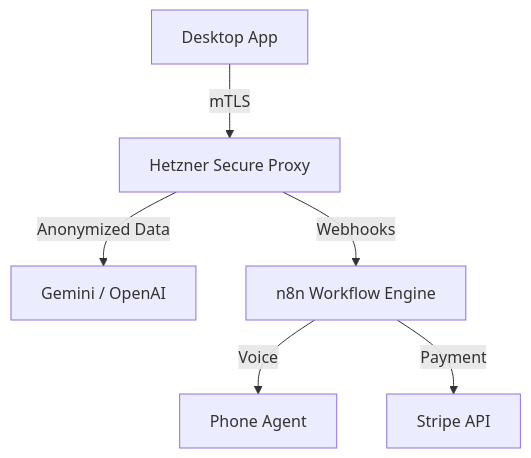
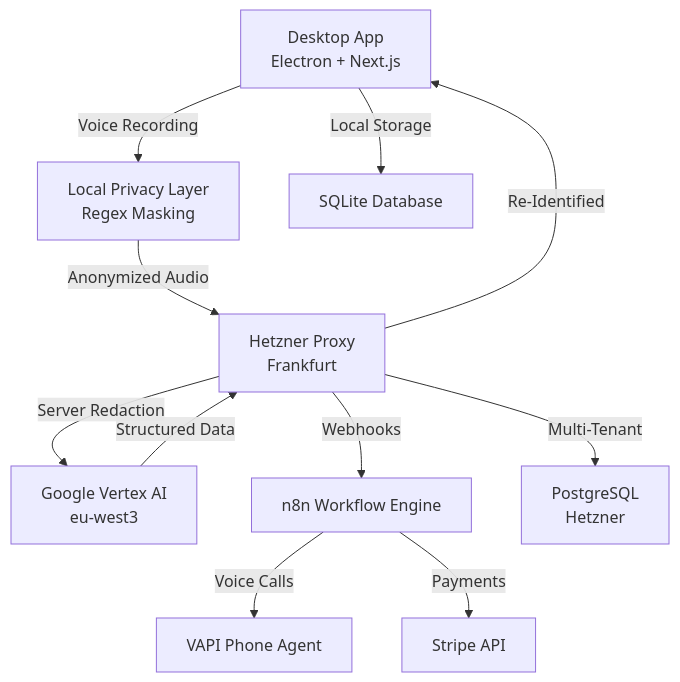
One commit to ShadowsInThe-Space/voiceinvoice changed the diagram in README.md. Above: the diagram before and after it, drawn with Mermaid. The commit also changed other lines of this file and 9 other files, not shown here.

````diff
--- a/README.md
+++ b/README.md
@@ -70,8 +82,13 @@
 ```mermaid
 graph TD
-    Client[Desktop App] -->|mTLS| Proxy[Hetzner Secure Proxy]
-    Proxy -->|Anonymized Data| AI[Gemini / OpenAI]
-    Proxy -->|Webhooks| N8N[n8n Workflow Engine]
-    N8N -->|Voice| VAPI[Phone Agent]
-    N8N -->|Payment| Stripe[Stripe API]
+    A[Desktop App<br/>Electron + Next.js] -->|Voice Recording| B[Local Privacy Layer<br/>Regex Masking]
+    B -->|Anonymized Audio| C[Hetzner Proxy<br/>Frankfurt]
+    C -->|Server Redaction| D[Google Vertex AI<br/>eu-west3]
+    D -->|Structured Data| C
+    C -->|Re-Identified| A
+    C -->|Webhooks| E[n8n Workflow Engine]
+    E -->|Voice Calls| F[VAPI Phone Agent]
+    E -->|Payments| G[Stripe API]
+    A -->|Local Storage| H[SQLite Database]
+    C -->|Multi-Tenant| I[PostgreSQL<br/>Hetzner]
 ```
````
